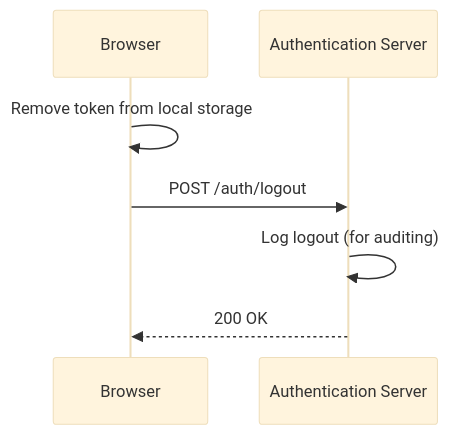
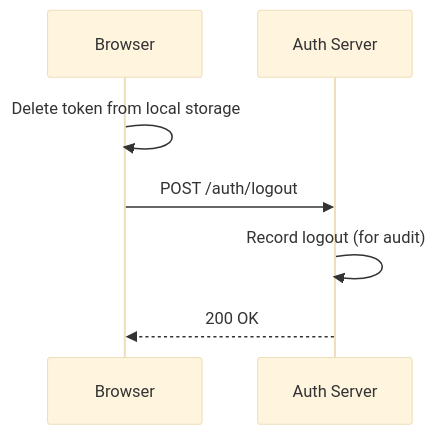
One commit to bmf-san/bmf-tech changed the eighth of 8 diagrams in content/en/posts/session-token-authentication.md. Above: the diagram before and after it, drawn with Mermaid (base theme). The commit also changed other lines of this file and 425 other files, not shown here.

````diff
--- a/content/en/posts/session-token-authentication.md
+++ b/content/en/posts/session-token-authentication.md
@@ -325,10 +327,10 @@
 ```mermaid
 sequenceDiagram
     participant B as Browser
-    participant Auth as Authentication Server
+    participant Auth as Auth Server
 
-    B->>B: Remove token from local storage
+    B->>B: Delete token from local storage
     B->>Auth: POST /auth/logout
-    Auth->>Auth: Log logout (for auditing)
+    Auth->>Auth: Record logout (for audit)
     Auth-->>B: 200 OK
 ```
````
